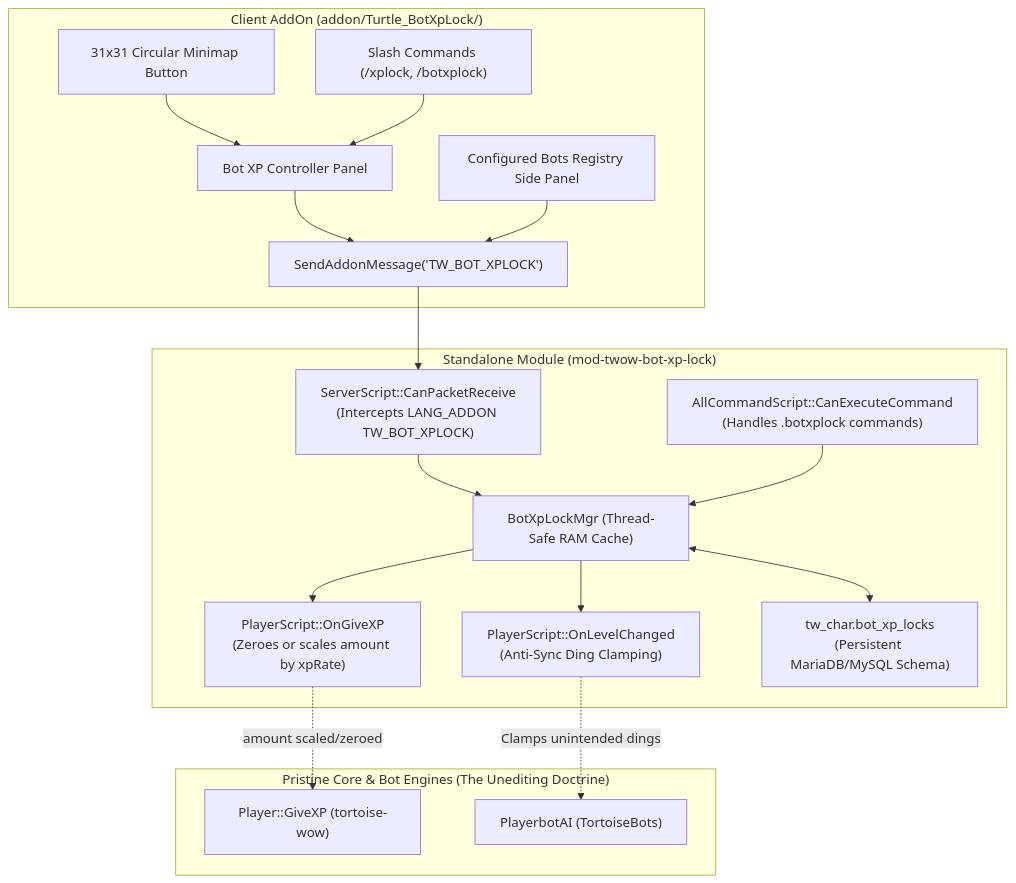
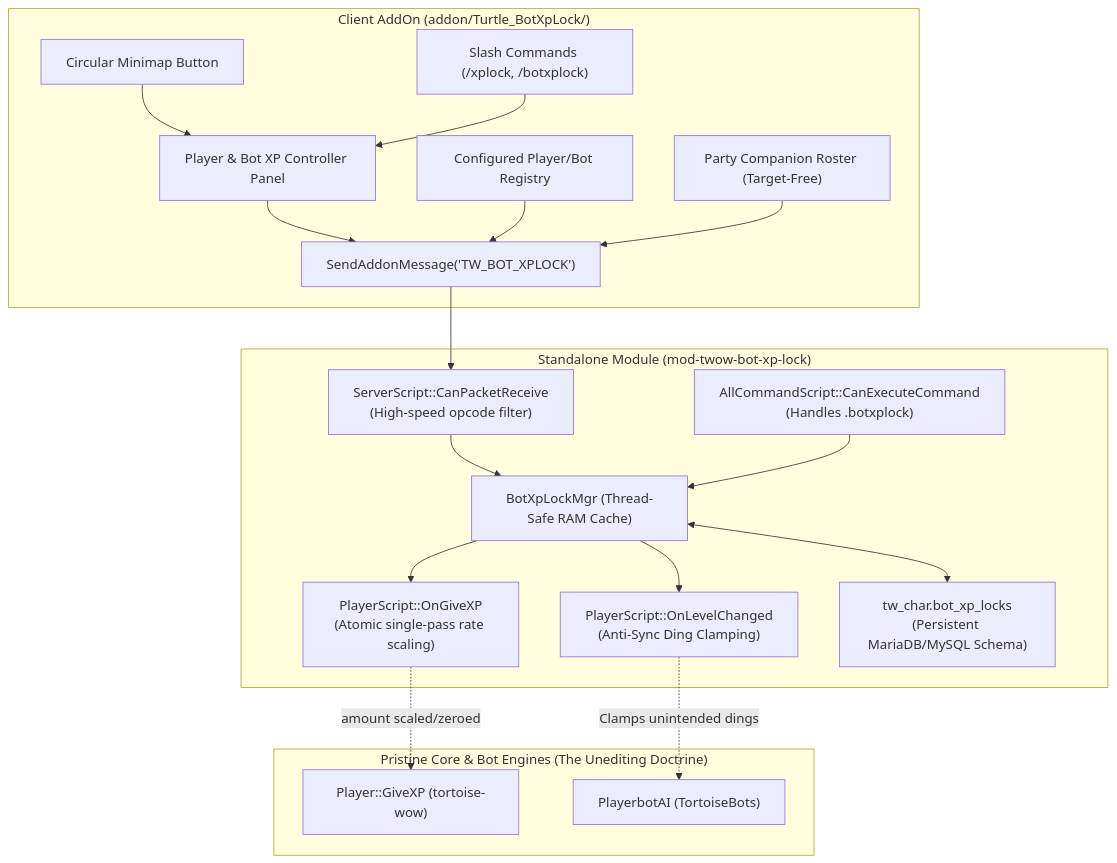
The diagram in README.md (Ildourol/mod-twow-bot-xp-lock), drawn with Mermaid before and after one commit. The commit also changed other lines of this file and 1 other file, not shown here.

````diff
--- a/README.md
+++ b/README.md
@@ -17,38 +13,40 @@
 ```mermaid
 flowchart TD
     subgraph ClientAddon ["Client AddOn (addon/Turtle_BotXpLock/)"]
-        UI["Bot XP Controller Panel"]
-        SideRegistry["Configured Bots Registry Side Panel"]
-        Minimap["31x31 Circular Minimap Button"]
+        UI["Player & Bot XP Controller Panel"]
+        SideRegistry["Configured Player/Bot Registry"]
+        PartyRoster["Party Companion Roster (Target-Free)"]
+        Minimap["Circular Minimap Button"]
         Slash["Slash Commands (/xplock, /botxplock)"]
         WireSend["SendAddonMessage('TW_BOT_XPLOCK')"]
 
         UI --> WireSend
         SideRegistry --> WireSend
+        PartyRoster --> WireSend
         Minimap --> UI
         Slash --> UI
     end
 
     subgraph ServerModule ["Standalone Module (mod-twow-bot-xp-lock)"]
-        PacketHook["ServerScript::CanPacketReceive<br/>(Intercepts LANG_ADDON TW_BOT_XPLOCK)"]
-        CmdHook["AllCommandScript::CanExecuteCommand<br/>(Handles .botxplock commands)"]
+        PacketHook["ServerScript::CanPacketReceive<br/>(High-speed opcode filter)"]
+        CmdHook["AllCommandScript::CanExecuteCommand<br/>(Handles .botxplock)"]
         LockMgr["BotXpLockMgr (Thread-Safe RAM Cache)"]
-        XPHook["PlayerScript::OnGiveXP<br/>(Zeroes or scales amount by xpRate)"]
+        XPHook["PlayerScript::OnGiveXP<br/>(Atomic single-pass rate scaling)"]
         LevelHook["PlayerScript::OnLevelChanged<br/>(Anti-Sync Ding Clamping)"]
         DB["tw_char.bot_xp_locks<br/>(Persistent MariaDB/MySQL Schema)"]
 
         WireSend --> PacketHook
         PacketHook --> LockMgr
         CmdHook --> LockMgr
         LockMgr <--> DB
         LockMgr --> XPHook
         LockMgr --> LevelHook
     end
 
     subgraph UnchangedCores ["Pristine Core & Bot Engines (The Unediting Doctrine)"]
         CoreXP["Player::GiveXP (tortoise-wow)"]
         BotAI["PlayerbotAI (TortoiseBots)"]
         XPHook -.->|amount scaled/zeroed| CoreXP
         LevelHook -.->|Clamps unintended dings| BotAI
     end
 ```
````
